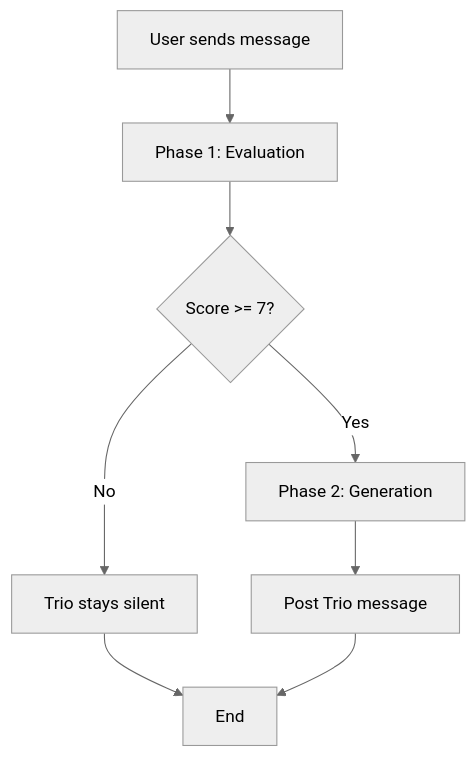
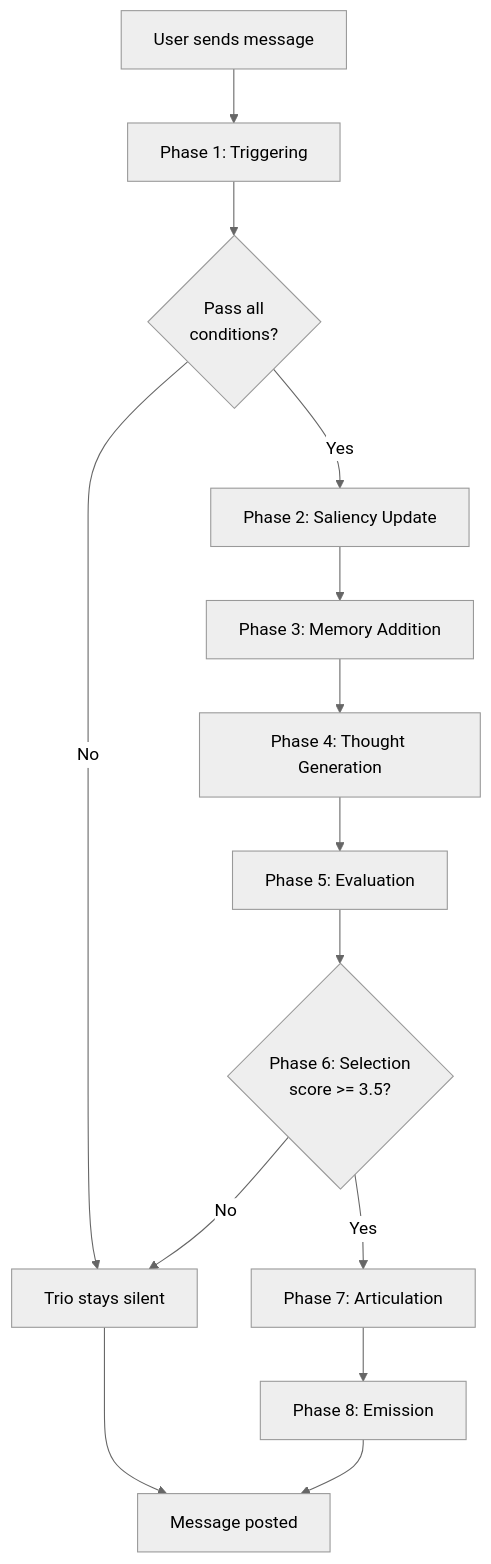
The diagram in spec/features/ai-interjections.md (Bar805/Kintsu), drawn with Mermaid (neutral theme) before and after one commit. The commit also changed other lines of this file and 6 other files, not shown here.

````diff
--- a/spec/features/ai-interjections.md
+++ b/spec/features/ai-interjections.md
@@ -19,10 +21,16 @@
 ```mermaid
 flowchart TD
-    Start[User sends message] --> Phase1[Phase 1: Evaluation]
-    Phase1 --> Score{Score >= 7?}
-    Score -->|No| Silent[Trio stays silent]
-    Score -->|Yes| Phase2[Phase 2: Generation]
-    Phase2 --> Post[Post Trio message]
-    Silent --> End[End]
-    Post --> End
+    Start[User sends message] --> P1[Phase 1: Triggering]
+    P1 --> Check{Pass all<br/>conditions?}
+    Check -->|No| Silent[Trio stays silent]
+    Check -->|Yes| P2[Phase 2: Saliency Update]
+    P2 --> P3[Phase 3: Memory Addition]
+    P3 --> P4[Phase 4: Thought Generation]
+    P4 --> P5[Phase 5: Evaluation]
+    P5 --> P6{Phase 6: Selection<br/>score >= 3.5?}
+    P6 -->|No| Silent
+    P6 -->|Yes| P7[Phase 7: Articulation]
+    P7 --> P8[Phase 8: Emission]
+    P8 --> End[Message posted]
+    Silent --> End
 ```
````
